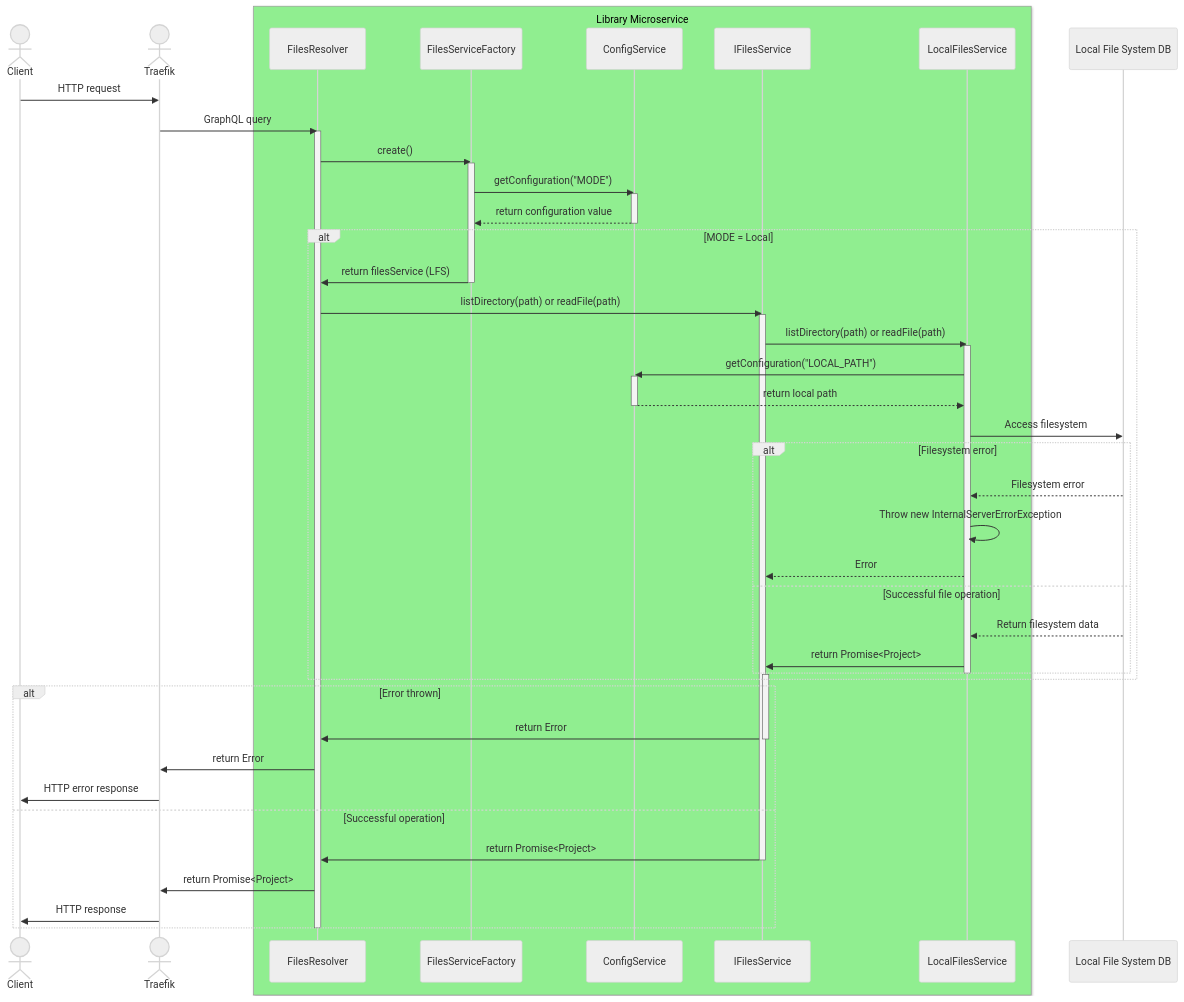
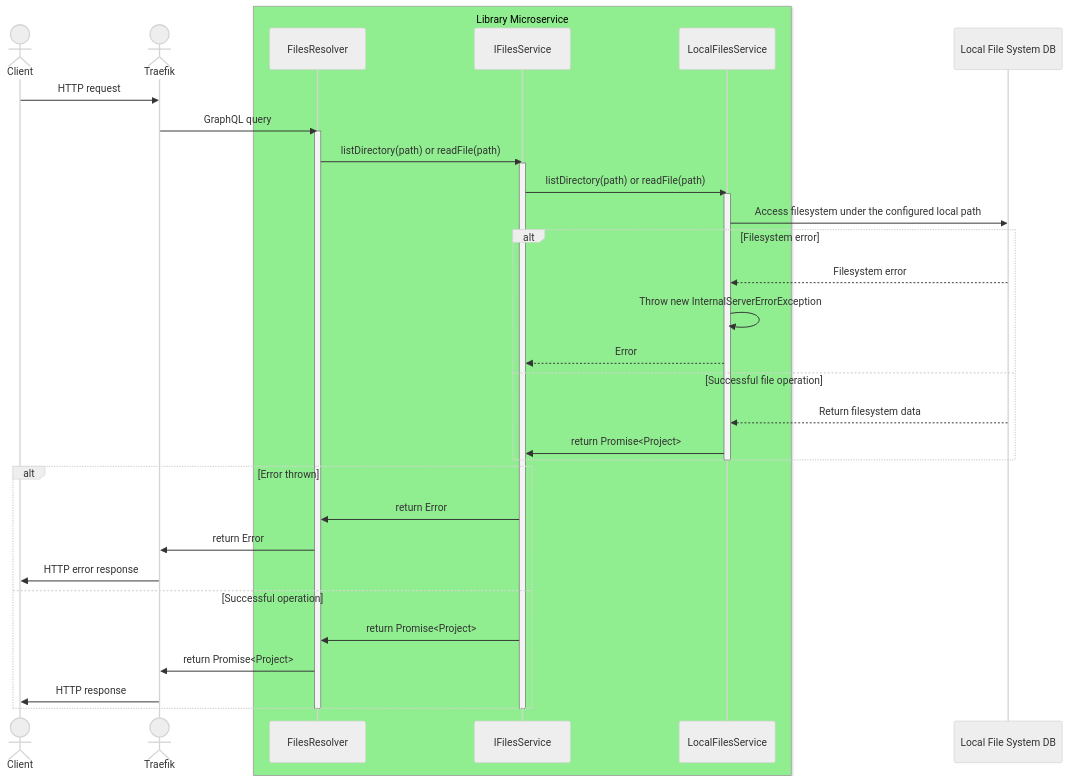
The second of 2 diagrams in docs/developer/codebase/lib-ms.md (INTO-CPS-Association/DTaaS), drawn with Mermaid (neutral theme) before and after one commit. The commit also changed other lines of this file and 192 other files, not shown here.

````diff
--- a/docs/developer/codebase/lib-ms.md
+++ b/docs/developer/codebase/lib-ms.md
@@ -137,72 +142,47 @@
 ```mermaid
 sequenceDiagram
     actor Client
     actor Traefik
 
     box LightGreen Library Microservice
     participant FR as FilesResolver
-    participant FSF as FilesServiceFactory
-    participant CS as ConfigService
     participant IFS as IFilesService
     participant LFS as LocalFilesService
     end
 
     participant FS as Local File System DB
 
     Client ->> Traefik : HTTP request
     Traefik ->> FR : GraphQL query
     activate FR
 
-    FR ->> FSF : create()
-    activate FSF
-
-    FSF ->> CS : getConfiguration("MODE")
-    activate CS
-
-    CS -->> FSF : return configuration value
-    deactivate CS
-
-    alt MODE = Local
-    FSF ->> FR : return filesService (LFS)
-    deactivate FSF
-
     FR ->> IFS : listDirectory(path) or readFile(path)
     activate IFS
 
     IFS ->> LFS : listDirectory(path) or readFile(path)
     activate LFS
 
-    LFS ->> CS : getConfiguration("LOCAL_PATH")
-    activate CS
-
-    CS -->> LFS : return local path
-    deactivate CS
-
-    LFS ->> FS : Access filesystem
+    LFS ->> FS : Access filesystem under the configured local path
     alt Filesystem error
         FS -->> LFS : Filesystem error
         LFS ->> LFS : Throw new InternalServerErrorException
         LFS -->> IFS : Error
     else Successful file operation
         FS -->> LFS : Return filesystem data
         LFS ->> IFS : return Promise<Project>
     end
     deactivate LFS
-    activate IFS
-    end
 
     alt Error thrown
     IFS ->> FR : return Error
-    deactivate IFS
     FR ->> Traefik : return Error
     Traefik ->> Client : HTTP error response
     else Successful operation
     IFS ->> FR : return Promise<Project>
-    deactivate IFS
     FR ->> Traefik : return Promise<Project>
     Traefik ->> Client : HTTP response
     end
+    deactivate IFS
 
     deactivate FR
-
 ```
````
